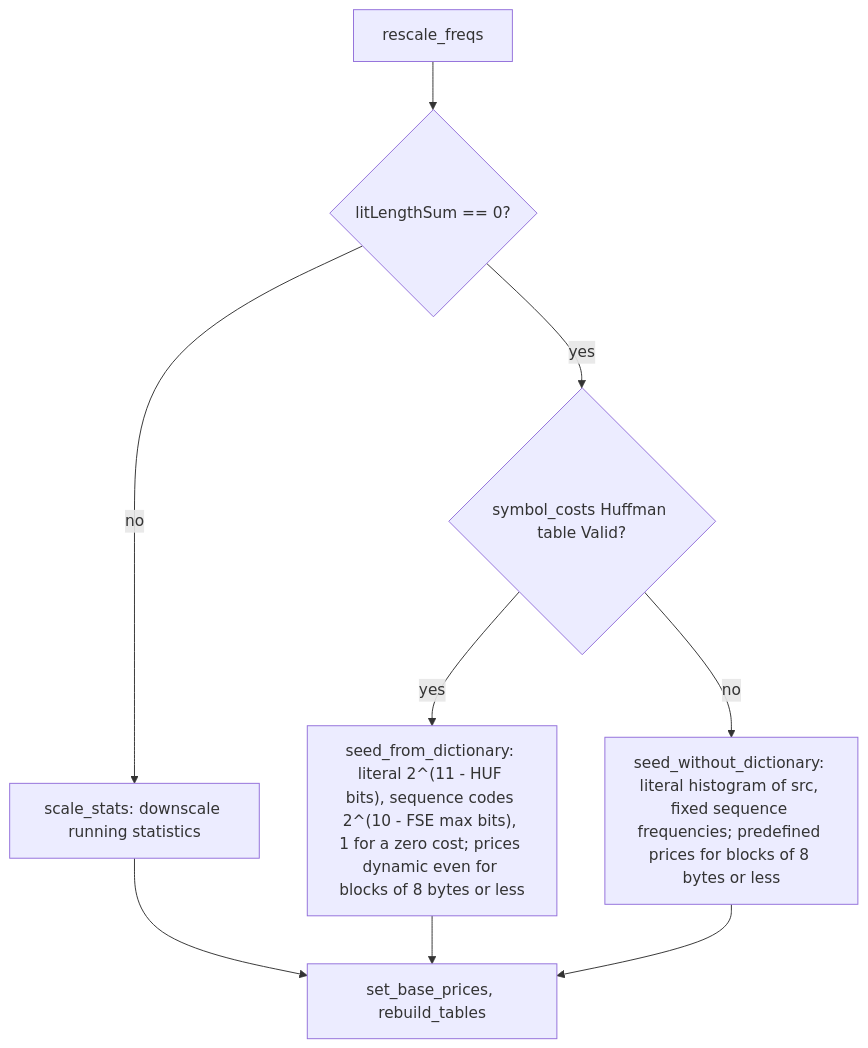
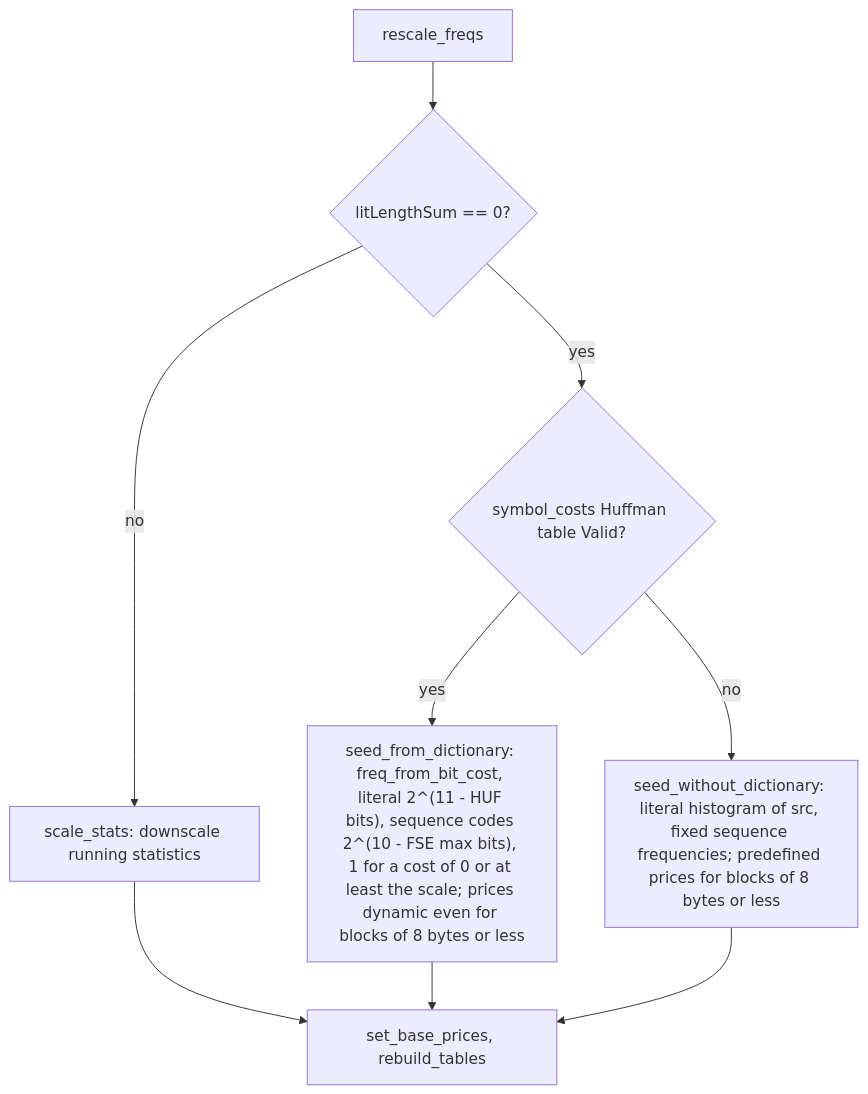
One commit to M-Compressors/mzstd changed the seventh of 7 diagrams in architecture/optimal-parser.md. Above: the diagram before and after it, drawn with Mermaid. The commit also changed other lines of this file and 63 other files, not shown here.

````diff
--- a/architecture/optimal-parser.md
+++ b/architecture/optimal-parser.md
@@ -280,11 +304,11 @@
 ```mermaid
 flowchart TD
     R["rescale_freqs"] --> F{"litLengthSum == 0?"}
     F -- no --> S["scale_stats: downscale running statistics"]
     F -- yes --> V{"symbol_costs Huffman table Valid?"}
-    V -- yes --> D["seed_from_dictionary: literal 2^(11 - HUF bits), sequence codes 2^(10 - FSE max bits), 1 for a zero cost; prices dynamic even for blocks of 8 bytes or less"]
+    V -- yes --> D["seed_from_dictionary: freq_from_bit_cost, literal 2^(11 - HUF bits), sequence codes 2^(10 - FSE max bits), 1 for a cost of 0 or at least the scale; prices dynamic even for blocks of 8 bytes or less"]
     V -- no --> N["seed_without_dictionary: literal histogram of src, fixed sequence frequencies; predefined prices for blocks of 8 bytes or less"]
     S --> B["set_base_prices, rebuild_tables"]
     D --> B
     N --> B
 ```
````
